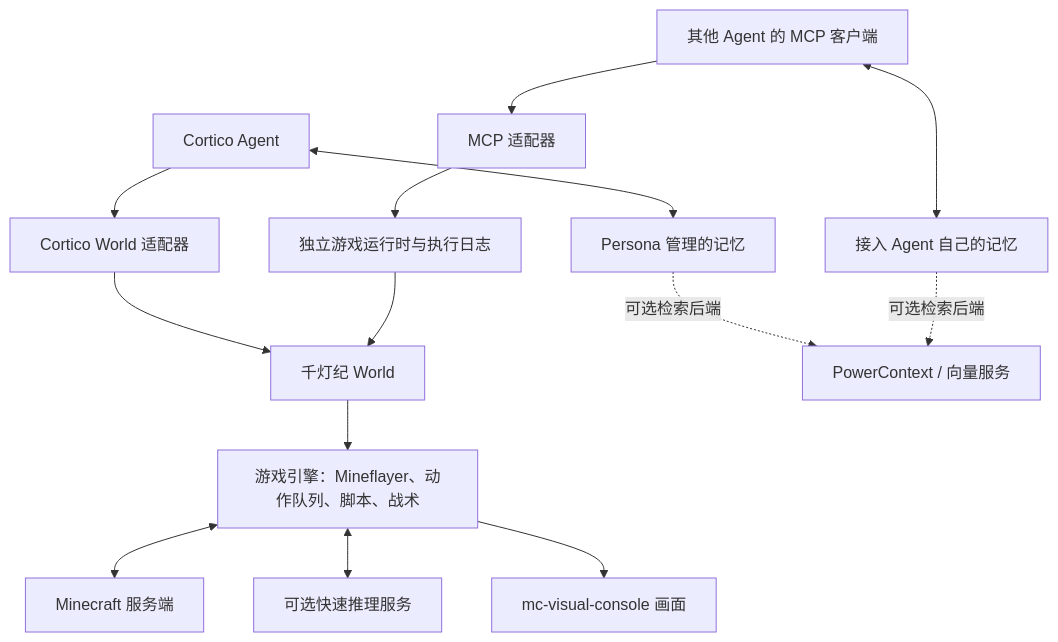
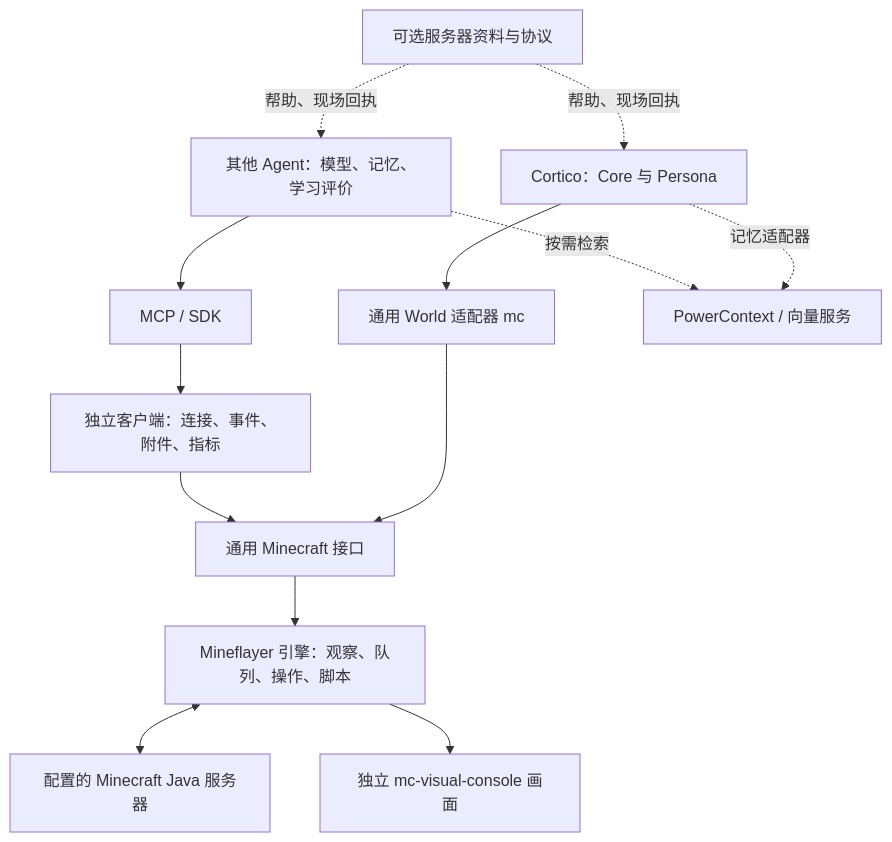
One commit to jcs130/cortico-world-qiandengji changed the diagram in docs/architecture.md. Above: the diagram before and after it, drawn with Mermaid. The commit also changed other lines of this file and 104 other files, not shown here.

Commit message:
feat(client)!: publish generic Agent MC World and isolate server integration

````diff
--- a/docs/architecture.md
+++ b/docs/architecture.md
@@ -9,16 +5,15 @@
 ```mermaid
 flowchart TD
-  C[Cortico Agent] --> CA[Cortico World 适配器]
-  A[其他 Agent 的 MCP 客户端] --> MA[MCP 适配器]
-  MA --> R[独立游戏运行时与执行日志]
-  CA --> W[千灯纪 World]
-  R --> W
-  W --> E[游戏引擎：Mineflayer、动作队列、脚本、战术]
-  E <--> MC[Minecraft 服务端]
-  E <--> F[可选快速推理服务]
-  C <--> M[Persona 管理的记忆]
-  A <--> AM[接入 Agent 自己的记忆]
-  M -. 可选检索后端 .-> P[PowerContext / 向量服务]
-  AM -. 可选检索后端 .-> P
-  E --> V[mc-visual-console 画面]
+  A[其他 Agent：模型、记忆、学习评价] --> M[MCP / SDK]
+  C[Cortico：Core 与 Persona] --> W[通用 World 适配器 mc]
+  M --> R[独立客户端：连接、事件、附件、指标]
+  R --> G[通用 Minecraft 接口]
+  W --> G
+  G --> E[Mineflayer 引擎：观察、队列、操作、脚本]
+  E <--> S[配置的 Minecraft Java 服务器]
+  E --> V[独立 mc-visual-console 画面]
+  A -. 按需检索 .-> P[PowerContext / 向量服务]
+  C -. 记忆适配器 .-> P
+  K[可选服务器资料与协议] -. 帮助、现场回执 .-> A
+  K -. 帮助、现场回执 .-> C
 ```
````
